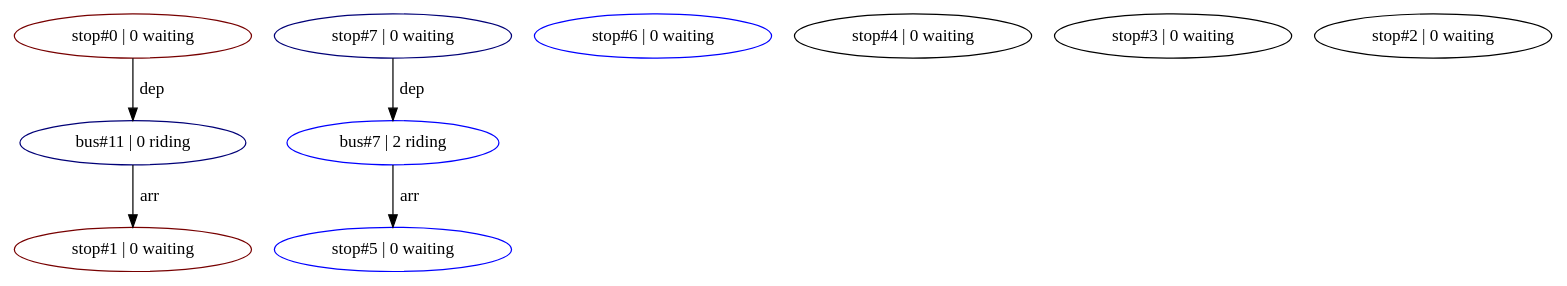
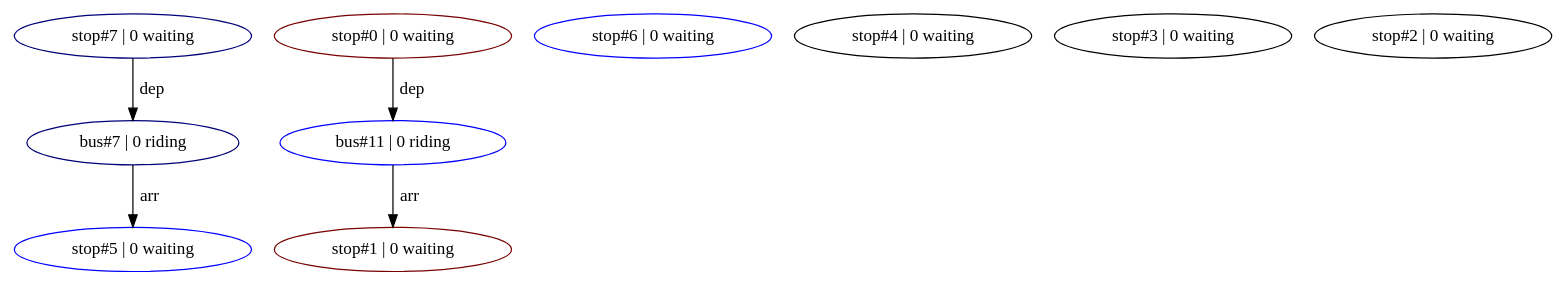
Before and after one commit to spmatthews03/MARTA: the diagram in bin/mts_digraph.dot, drawn with Graphviz. The commit also changed 3 other files, not shown here.

```diff
--- a/bin/mts_digraph.dot
+++ b/bin/mts_digraph.dot
@@ -1,19 +1,19 @@
 digraph G
 {
-  bus11 [ label="bus#11 | 0 riding", color="#000077"];
-  bus7 [ label="bus#7 | 2 riding", color="#0000FF"];
+  bus7 [ label="bus#7 | 0 riding", color="#000077"];
+  bus11 [ label="bus#11 | 0 riding", color="#0000FF"];
 
   stop7 [ label="stop#7 | 0 waiting", color="#000077"];
   stop6 [ label="stop#6 | 0 waiting", color="#0000FF"];
   stop5 [ label="stop#5 | 0 waiting", color="#0000FF"];
   stop4 [ label="stop#4 | 0 waiting", color="#000000"];
   stop3 [ label="stop#3 | 0 waiting", color="#000000"];
   stop2 [ label="stop#2 | 0 waiting", color="#000000"];
   stop1 [ label="stop#1 | 0 waiting", color="#770000"];
   stop0 [ label="stop#0 | 0 waiting", color="#770000"];
 
   stop7 -> bus7 [ label=" dep" ];
   bus7 -> stop5 [ label=" arr" ];
   stop0 -> bus11 [ label=" dep" ];
   bus11 -> stop1 [ label=" arr" ];
 }
```
